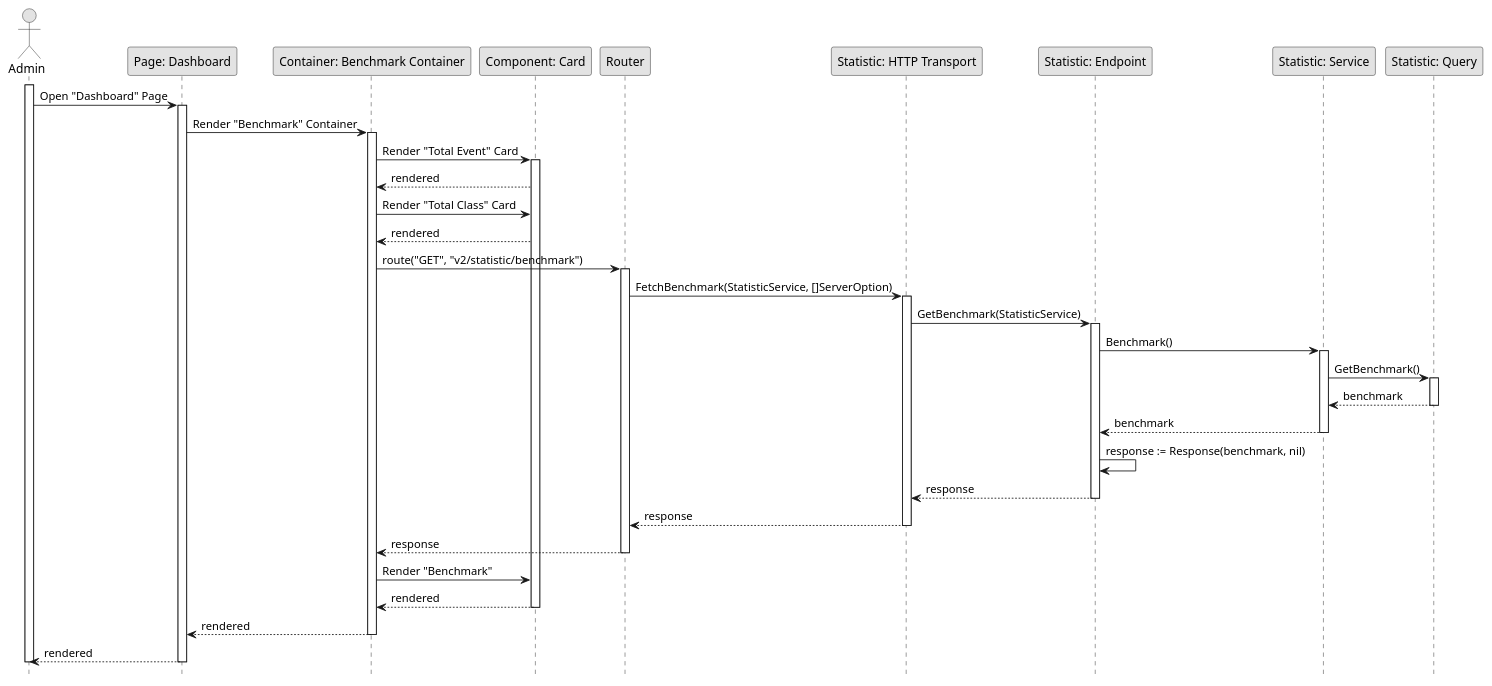
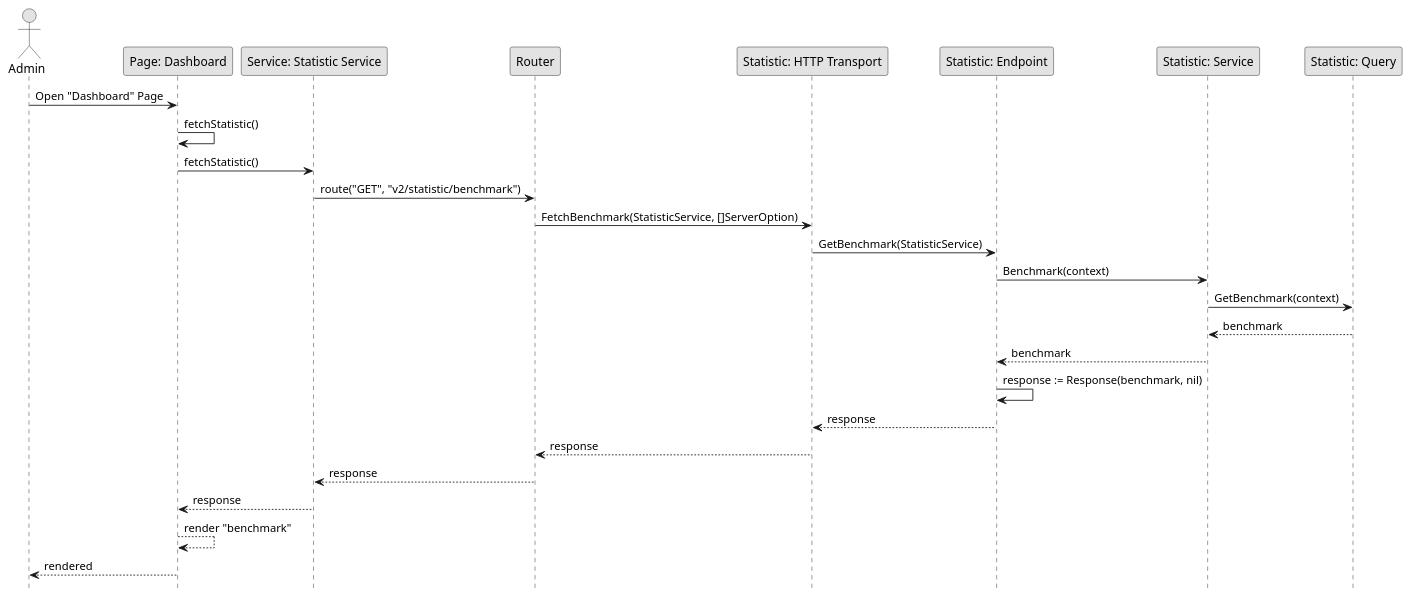
Before and after one commit to fwidjaya20/fazzlearning-uml: the diagram in Sequence/Release03/GetBenchmark.wsd, drawn with PlantUML. The commit also changed 34 other files, not shown here.

Commit message:
fix(diagram): fix invalid sequence, activity, and usecase

```diff
--- a/Sequence/Release03/GetBenchmark.wsd
+++ b/Sequence/Release03/GetBenchmark.wsd
@@ -1,59 +1,34 @@
 @startuml GetBenchmark
 
 skinparam Monochrome true
 skinparam Shadowing false
 hide footbox
 
 actor Admin
 participant "Page: Dashboard" as Dashboard
-participant "Container: Benchmark Container" as BenchmarkContainer
-participant "Component: Card" as Card
+participant "Service: Statistic Service" as FEStatisticService
 participant "Router" as Router
 participant "Statistic: HTTP Transport" as StatisticHTTPTransport
 participant "Statistic: Endpoint" as StatisticEndpoint
 participant "Statistic: Service" as StatisticService
 participant "Statistic: Query" as StatisticQuery
 
-activate Admin
-
 Admin->Dashboard: Open "Dashboard" Page
-activate Dashboard
-Dashboard->BenchmarkContainer: Render "Benchmark" Container
-activate BenchmarkContainer
-BenchmarkContainer->Card: Render "Total Event" Card
-activate Card
-Card-->BenchmarkContainer: rendered
-BenchmarkContainer->Card: Render "Total Class" Card
-Card-->BenchmarkContainer: rendered
-BenchmarkContainer->Router: route("GET", "v2/statistic/benchmark")
-activate Router
+Dashboard->Dashboard: fetchStatistic()
+Dashboard->FEStatisticService: fetchStatistic()
+FEStatisticService->Router: route("GET", "v2/statistic/benchmark")
 Router->StatisticHTTPTransport: FetchBenchmark(StatisticService, []ServerOption)
-activate StatisticHTTPTransport
 StatisticHTTPTransport->StatisticEndpoint: GetBenchmark(StatisticService)
-activate StatisticEndpoint
-StatisticEndpoint->StatisticService: Benchmark()
-activate StatisticService
-StatisticService->StatisticQuery: GetBenchmark()
-activate StatisticQuery
+StatisticEndpoint->StatisticService: Benchmark(context)
+StatisticService->StatisticQuery: GetBenchmark(context)
 StatisticQuery-->StatisticService: benchmark
-deactivate StatisticQuery
 StatisticService-->StatisticEndpoint: benchmark
-deactivate StatisticService
 StatisticEndpoint->StatisticEndpoint: response := Response(benchmark, nil)
 StatisticEndpoint-->StatisticHTTPTransport: response
-deactivate StatisticEndpoint
 StatisticHTTPTransport-->Router: response
-deactivate StatisticHTTPTransport
-Router-->BenchmarkContainer: response
-deactivate Router
-BenchmarkContainer->Card: Render "Benchmark"
-Card-->BenchmarkContainer: rendered
-deactivate Card
-BenchmarkContainer-->Dashboard: rendered
-deactivate BenchmarkContainer
+Router-->FEStatisticService: response
+FEStatisticService-->Dashboard: response
+Dashboard-->Dashboard: render "benchmark"
 Dashboard-->Admin: rendered
-deactivate Dashboard
-
-deactivate Admin
 
 @enduml
```
